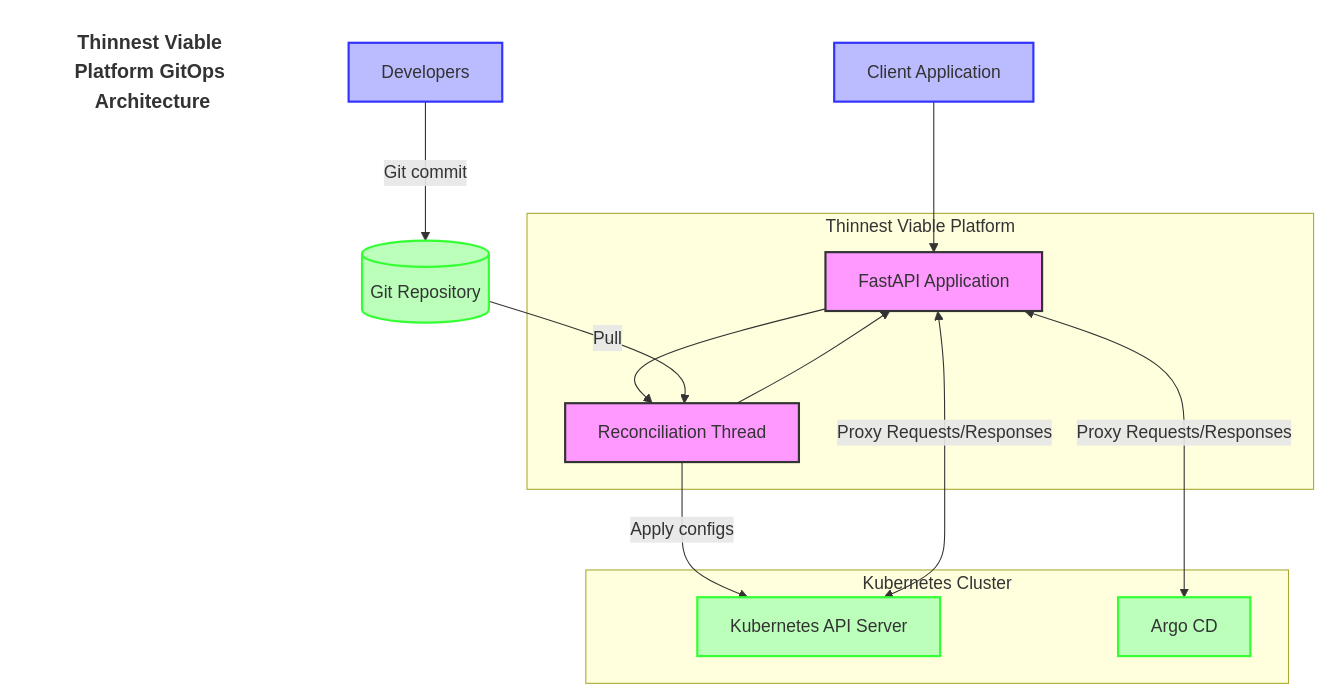
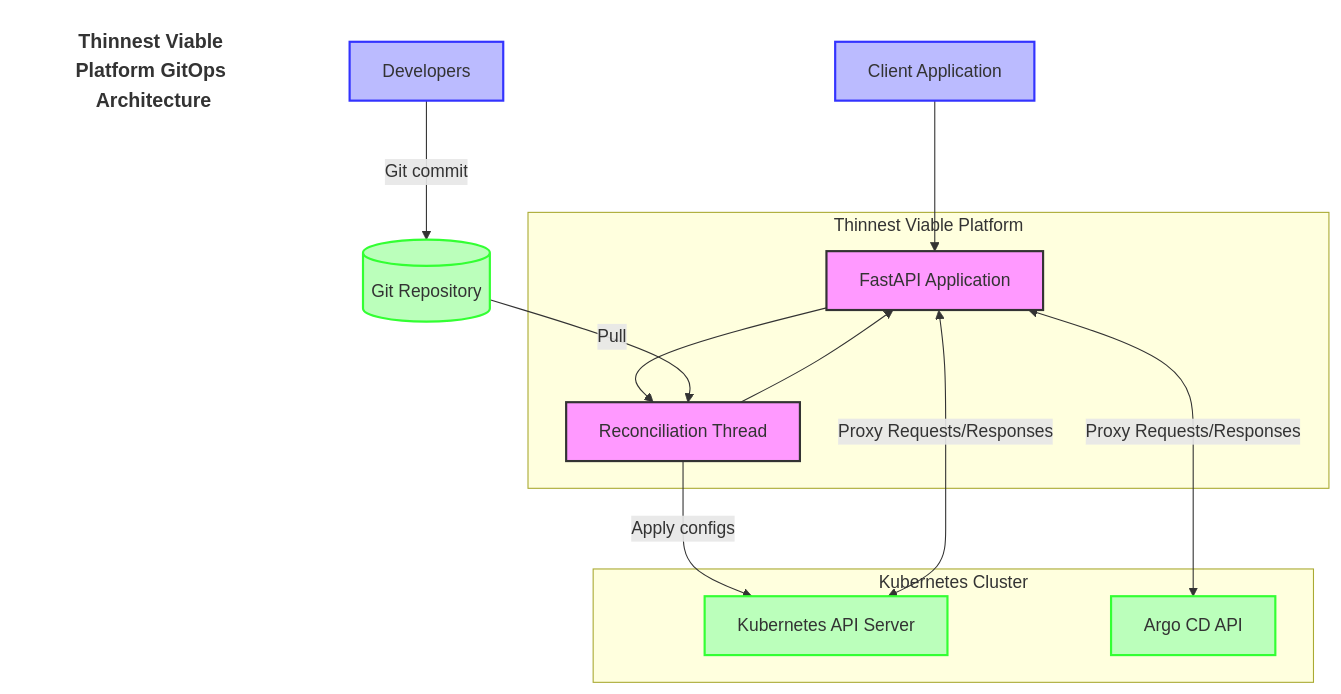
One commit to lloydchang/tvp-k8s changed the seventh of 9 diagrams in README.md. Above: the diagram before and after it, drawn with Mermaid. The commit also changed other lines of this file, not shown here.

````diff
--- a/README.md
+++ b/README.md
@@ -520,34 +520,34 @@
 ```mermaid
 flowchart TB
     title[Thinnest Viable Platform GitOps Architecture]
     style title fill:none,stroke:none,font-size:18px,font-weight:bold
     subgraph "Thinnest Viable Platform"
         API[FastAPI Application]
         RT[Reconciliation Thread]
         
         API --> RT
         RT --> API
     end
     
     Dev[Developers] -->|Git commit| GitRepo[(Git Repository)]
     GitRepo -->|Pull| RT
     RT -->|Apply configs| KubernetesAPI
     
     subgraph "Kubernetes Cluster"
         KubernetesAPI[Kubernetes API Server]
-        ArgoCD[Argo CD]
+        ArgoCD[Argo CD API]
     end
     
     Client[Client Application] --> API
     API <-->|Proxy Requests/Responses| KubernetesAPI
     API <-->|Proxy Requests/Responses| ArgoCD
     
     classDef platform fill:#f9f,stroke:#333,stroke-width:2px
     classDef external fill:#bfb,stroke:#3f3,stroke-width:2px
     classDef user fill:#bbf,stroke:#33f,stroke-width:2px
     
     class API,RT platform
     class KubernetesAPI,ArgoCD,GitRepo external
     class Dev,Client user
 
 ```
````
